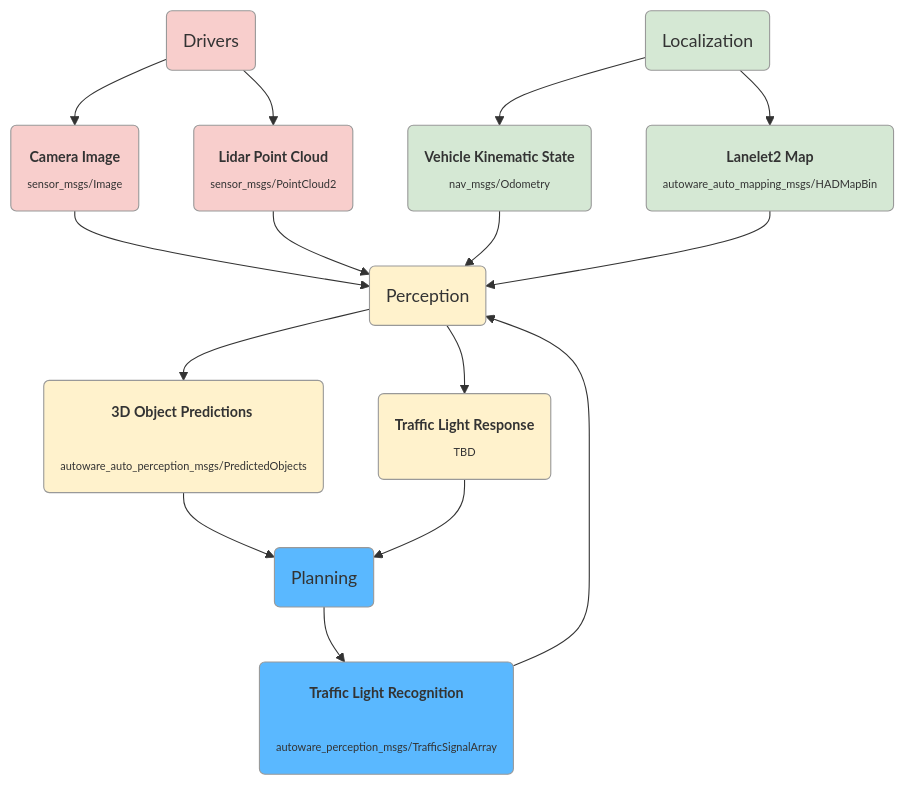
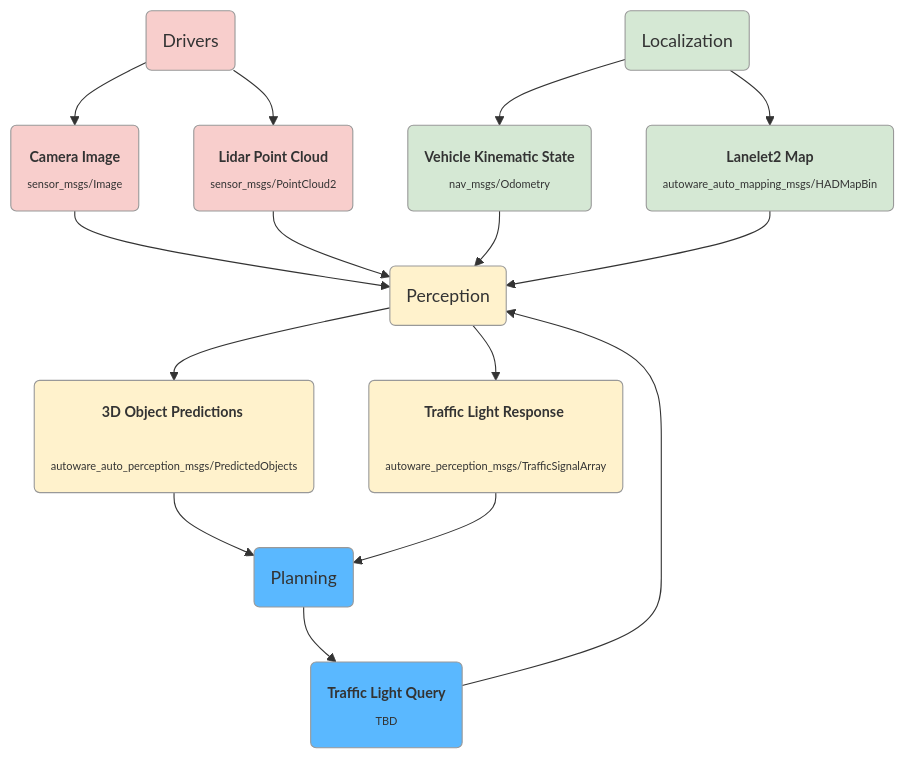
One commit to autowarefoundation/autoware-documentation changed the diagram in docs/design/autoware-interfaces/components/perception-interface.md. Above: the diagram before and after it, drawn with Mermaid.

````diff
--- a/docs/design/autoware-interfaces/components/perception-interface.md
+++ b/docs/design/autoware-interfaces/components/perception-interface.md
@@ -3,43 +3,43 @@
 ```mermaid
 graph TD
     cmp_drv("Drivers"):::cls_drv
     cmp_loc("Localization"):::cls_loc
     cmp_per("Perception"):::cls_per
     cmp_plan("Planning"):::cls_plan
 
     msg_img("<font size=2><b>Camera Image</b></font size>
     <font size=1>sensor_msgs/Image</font size>"):::cls_drv
 
     msg_ldr("<font size=2><b>Lidar Point Cloud</b></font size>
     <font size=1>sensor_msgs/PointCloud2</font size>"):::cls_drv
 
     msg_lanenet("<font size=2><b>Lanelet2 Map</b></font size>
     <font size=1>autoware_auto_mapping_msgs/HADMapBin</font size>"):::cls_loc
     
     msg_vks("<font size=2><b>Vehicle Kinematic State</b></font size>
     <font size=1>nav_msgs/Odometry</font size>"):::cls_loc
 
     msg_obj("<font size=2><b>3D Object Predictions </b></font size>
     <font size=1>autoware_auto_perception_msgs/PredictedObjects</font size>"):::cls_per
     
     msg_tl("<font size=2><b>Traffic Light Response </b></font size>
-    <font size=1>TBD</font size>"):::cls_per
+    <font size=1>autoware_perception_msgs/TrafficSignalArray</font size>"):::cls_per
 
-    msg_tq("<font size=2><b>Traffic Light Recognition</b></font size>
-    <font size=1>autoware_perception_msgs/TrafficSignalArray</font size>"):::cls_plan
+    msg_tq("<font size=2><b>Traffic Light Query </b></font size>
+    <font size=1>TBD</font size>"):::cls_plan
     
 
     cmp_drv --> msg_img --> cmp_per
     cmp_drv --> msg_ldr --> cmp_per
     cmp_per --> msg_obj --> cmp_plan
     cmp_per --> msg_tl --> cmp_plan
     cmp_plan --> msg_tq -->cmp_per
 
     cmp_loc --> msg_vks --> cmp_per
     cmp_loc --> msg_lanenet --> cmp_per
 
 classDef cls_drv fill:#F8CECC,stroke:#999,stroke-width:1px;
 classDef cls_loc fill:#D5E8D4,stroke:#999,stroke-width:1px;
 classDef cls_per fill:#FFF2CC,stroke:#999,stroke-width:1px;
 classDef cls_plan fill:#5AB8FF,stroke:#999,stroke-width:1px;
 ```
````
